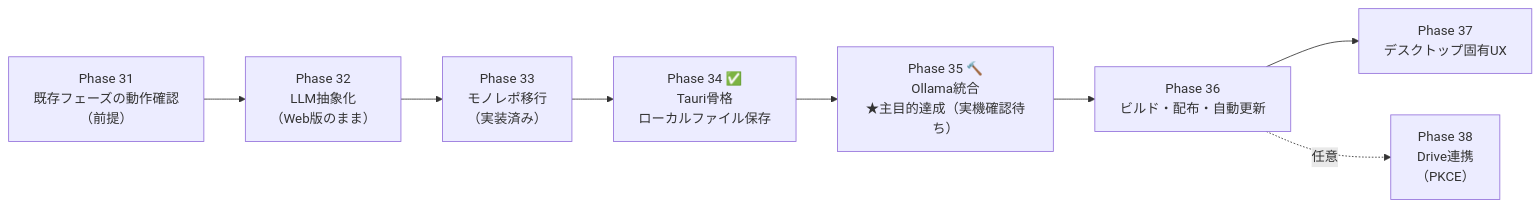
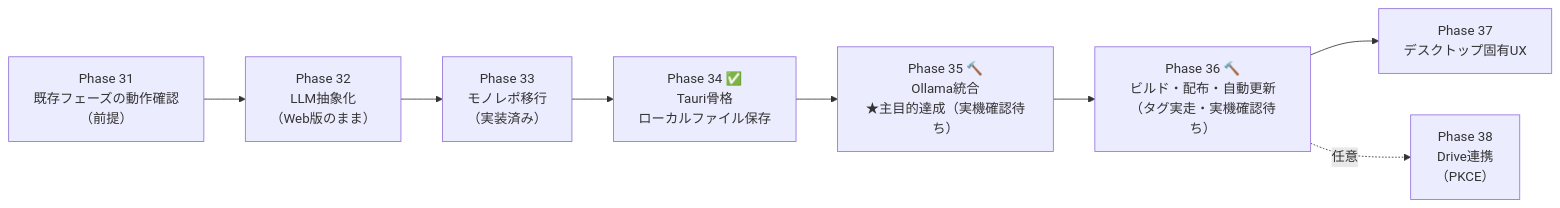
The diagram in docs/desktop/README.md (mayamaura/ai-idea-map), drawn with Mermaid before and after one commit. The commit also changed other lines of this file and 21 other files, not shown here.

````diff
--- a/docs/desktop/README.md
+++ b/docs/desktop/README.md
@@ -157,10 +171,10 @@
 ```mermaid
 graph LR
     P31["Phase 31<br/>既存フェーズの動作確認<br/>（前提）"] --> P32["Phase 32<br/>LLM抽象化<br/>（Web版のまま）"]
     P32 --> P33["Phase 33<br/>モノレポ移行<br/>（実装済み）"]
     P33 --> P34["Phase 34 ✅<br/>Tauri骨格<br/>ローカルファイル保存"]
     P34 --> P35["Phase 35 🔨<br/>Ollama統合<br/>★主目的達成（実機確認待ち）"]
-    P35 --> P36["Phase 36<br/>ビルド・配布・自動更新"]
+    P35 --> P36["Phase 36 🔨<br/>ビルド・配布・自動更新<br/>（タグ実走・実機確認待ち）"]
     P36 --> P37["Phase 37<br/>デスクトップ固有UX"]
     P36 -.任意.-> P38["Phase 38<br/>Drive連携<br/>（PKCE）"]
 ```
````
